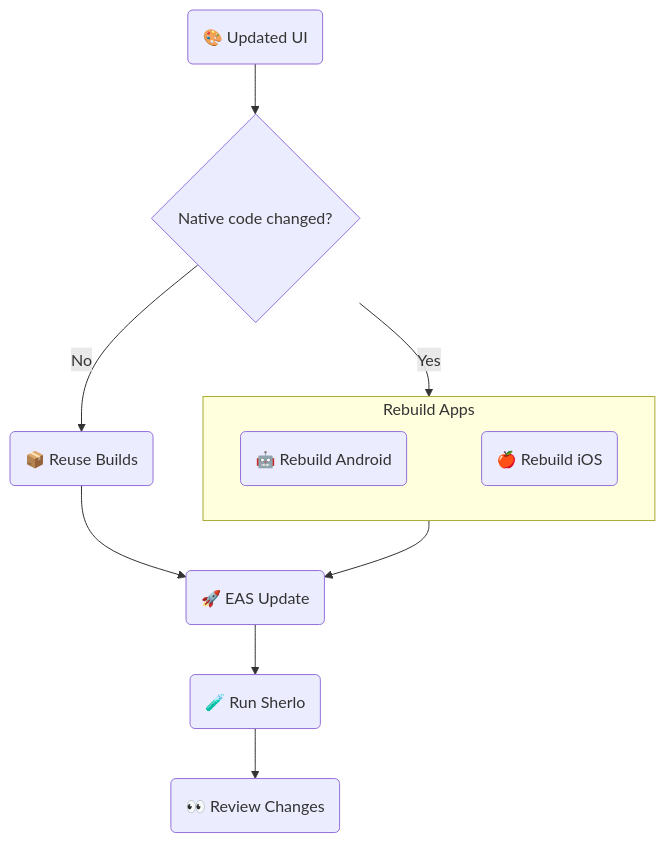
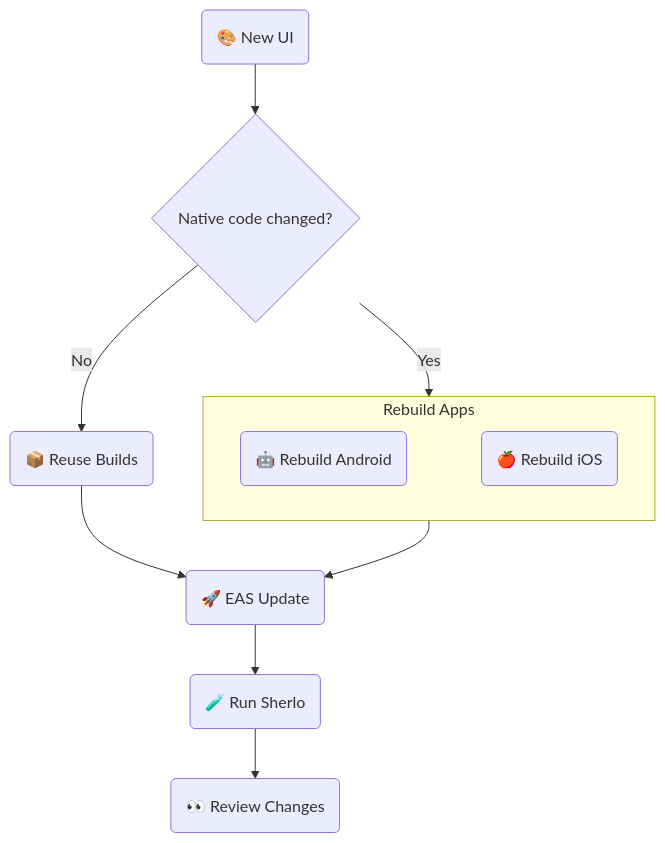
Before and after one commit to sherlo-io/sherlo: the diagram in examples/eas-update/README.md, drawn with Mermaid.

Commit message:
no message

````diff
--- a/examples/eas-update/README.md
+++ b/examples/eas-update/README.md
@@ -13,23 +13,23 @@
 ```mermaid
 flowchart TB
-   UI(🎨 Updated UI)
+   UI(🎨 New UI)
    Check{Native code changed?}
    Reuse(📦 Reuse Builds)
    Update(🚀 EAS Update)
    Sherlo(🧪 Run Sherlo)
    Review(👀 Review Changes)
 
    subgraph Rebuild[Rebuild Apps]
       direction LR
       Android(🤖 Rebuild Android)
       iOS(🍎 Rebuild iOS)
       Android ~~~ iOS
    end
 
    UI --> Check
    Check -->|No| Reuse
    Check -->|Yes| Rebuild
    Reuse & Rebuild --> Update
    Update --> Sherlo
    Sherlo --> Review
 ```
````
